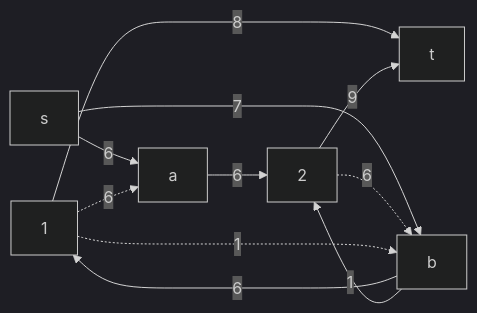
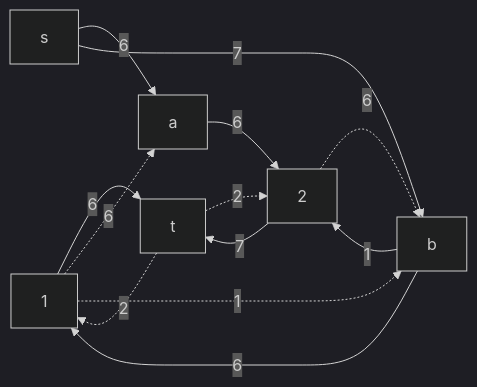
The third of 6 diagrams in task-14/ootd-task-14.md (hse-algo-24-owl/manual-tasks-owl), drawn with Mermaid (dark theme) before and after one commit. The commit also changed other lines of this file, not shown here.

````diff
--- a/task-14/ootd-task-14.md
+++ b/task-14/ootd-task-14.md
@@ -101,13 +103,15 @@
 ```mermaid
 graph LR
     s-->|6|a
     s-->|7|b
     b-->|6|1
-    1-->|8|t
-    2-->|9|t
+    1-->|6|t
+    t-.->|2|1
+    2-->|7|t
+    t-.->|2|2
     a-->|6|2
     b-->|1|2
     1-.->|6|a
     2-.->|6|b
     1-.->|1|b
 ```
````
